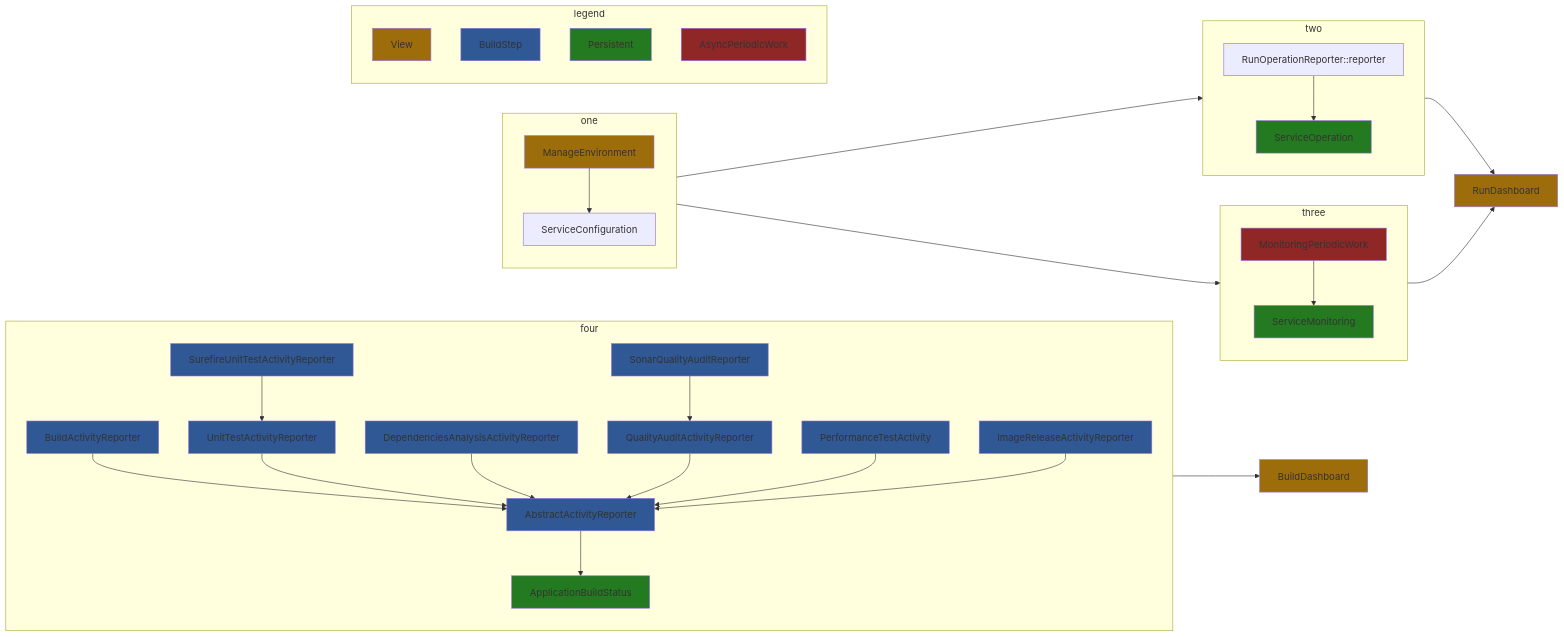
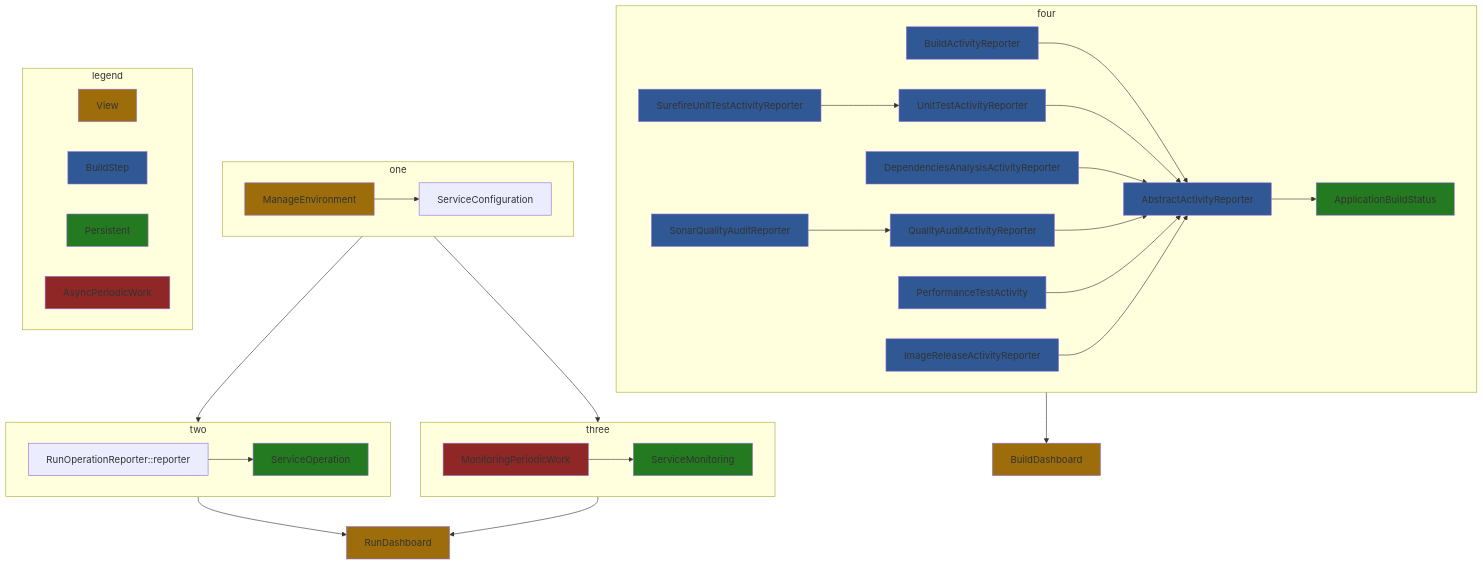
One commit to jenkinsci/devops-portal-plugin changed the diagram in README.md. Above: the diagram before and after it, drawn with Mermaid.

````diff
--- a/README.md
+++ b/README.md
@@ -412,44 +412,44 @@
 ```mermaid
-flowchart LR
+flowchart TB
     subgraph one
     ManageEnvironment:::view --> ServiceConfiguration
     end
     
     subgraph two
     RunOperationReporter::reporter --> ServiceOperation:::entity
     end
     
     subgraph three
     MonitoringPeriodicWork:::worker --> ServiceMonitoring:::entity
     end
     
     subgraph four
     BuildActivityReporter:::reporter --> AbstractActivityReporter:::reporter
     UnitTestActivityReporter:::reporter --> AbstractActivityReporter:::reporter
     SurefireUnitTestActivityReporter:::reporter --> UnitTestActivityReporter:::reporter
     DependenciesAnalysisActivityReporter:::reporter --> AbstractActivityReporter:::reporter
     QualityAuditActivityReporter:::reporter --> AbstractActivityReporter:::reporter
     SonarQualityAuditReporter:::reporter --> QualityAuditActivityReporter:::reporter
     PerformanceTestActivity:::reporter --> AbstractActivityReporter:::reporter
     ImageReleaseActivityReporter:::reporter --> AbstractActivityReporter:::reporter
     AbstractActivityReporter:::reporter --> ApplicationBuildStatus:::entity
     end
     
     subgraph legend
     View:::view
     BuildStep:::reporter
     Persistent:::entity
     AsyncPeriodicWork:::worker
     end
     
     one --> two
     one --> three
     two --> RunDashboard:::view
     three --> RunDashboard:::view
     four --> BuildDashboard:::view
     
     classDef view fill:#9e6d0b
     classDef reporter fill:#2f5894
     classDef entity fill:#247a20
     classDef worker fill:#8f2727
 ```
````
